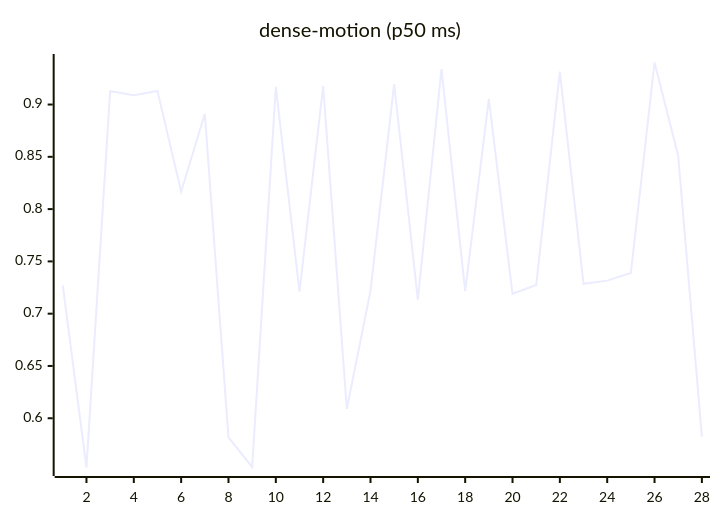
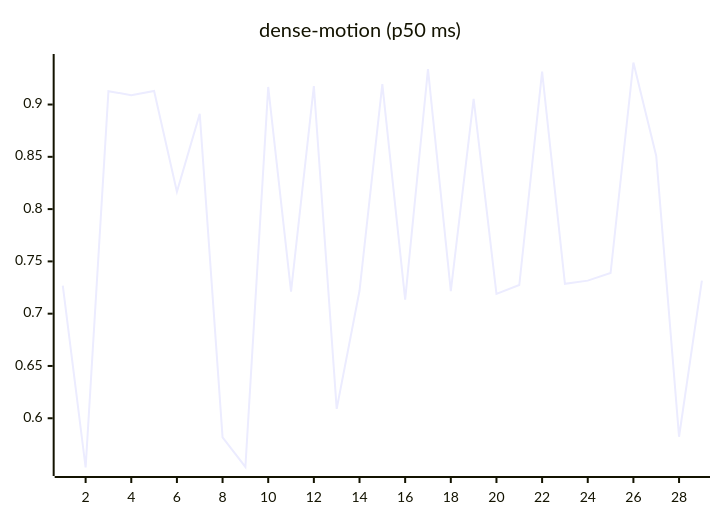
Before and after one commit to josha/Facet: the ninth of 27 diagrams in README.md, drawn with Mermaid. The commit also changed other lines of this file and 2 other files, not shown here.

````diff
--- a/README.md
+++ b/README.md
@@ -119,6 +119,6 @@
 ```mermaid
 xychart-beta
     title "dense-motion (p50 ms)"
-    x-axis 1 --> 28
-    line [0.7269, 0.5529, 0.9128, 0.9089, 0.9130, 0.8166, 0.8911, 0.5818, 0.5534, 0.9168, 0.7211, 0.9177, 0.6090, 0.7219, 0.9196, 0.7134, 0.9338, 0.7216, 0.9055, 0.7190, 0.7274, 0.9314, 0.7286, 0.7316, 0.7389, 0.9402, 0.8508, 0.5823]
+    x-axis 1 --> 29
+    line [0.7269, 0.5529, 0.9128, 0.9089, 0.9130, 0.8166, 0.8911, 0.5818, 0.5534, 0.9168, 0.7211, 0.9177, 0.6090, 0.7219, 0.9196, 0.7134, 0.9338, 0.7216, 0.9055, 0.7190, 0.7274, 0.9314, 0.7286, 0.7316, 0.7389, 0.9402, 0.8508, 0.5823, 0.7317]
 ```
````
